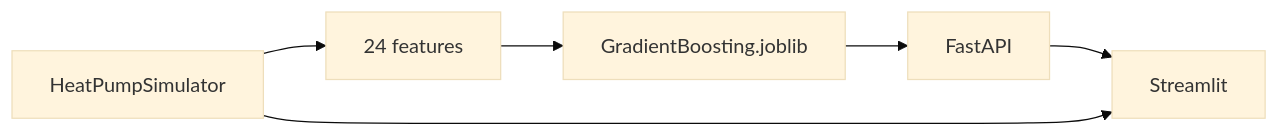
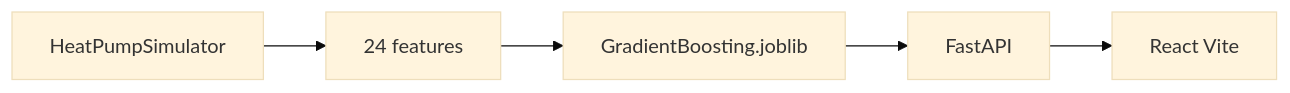
One commit to Adnandbss/heat-pump-fdd changed the diagram in README.md. Above: the diagram before and after it, drawn with Mermaid (base theme). The commit also changed other lines of this file and 46 other files, not shown here.

````diff
--- a/README.md
+++ b/README.md
@@ -42,11 +46,10 @@
 ```mermaid
 flowchart LR
     sim[HeatPumpSimulator]
     feat[24 features]
     model[GradientBoosting.joblib]
     api[FastAPI]
-    ui[Streamlit]
+    web[React Vite]
 
-    sim --> feat --> model --> api --> ui
-    sim --> ui
+    sim --> feat --> model --> api --> web
 ```
````
